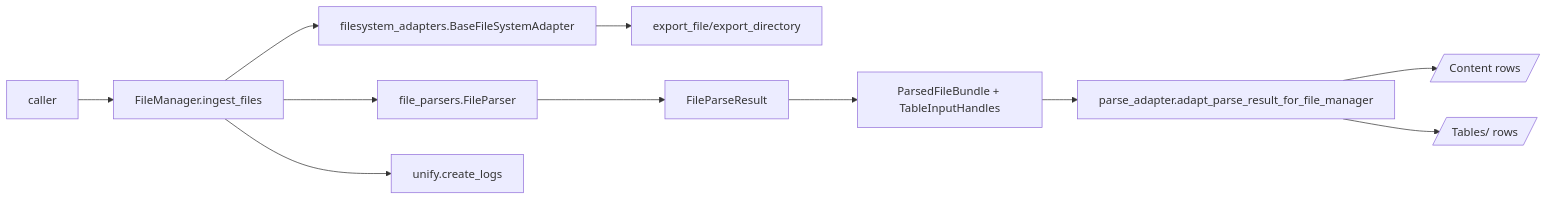
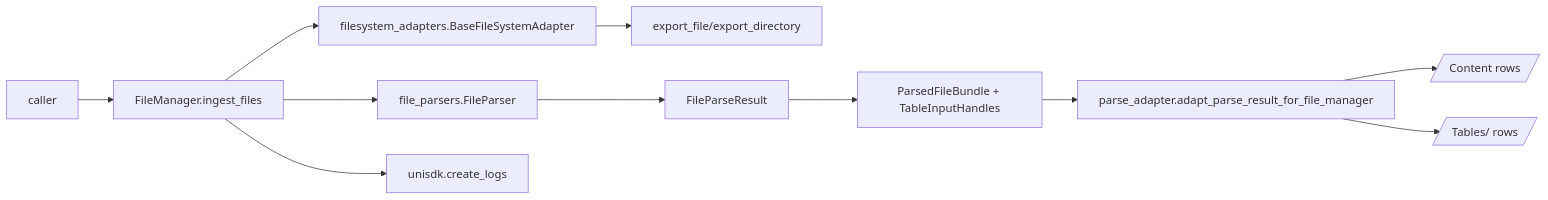
One commit to unifyai/unify changed the diagram in unity/file_manager/README.md. Above: the diagram before and after it, drawn with Mermaid. The commit also changed 203 other files, not shown here.

First line of the commit message:
refactor: consume renamed SDK as unisdk (was unify)

````diff
--- a/unity/file_manager/README.md
+++ b/unity/file_manager/README.md
@@ -51,13 +51,13 @@
 ```mermaid
 flowchart LR
   Caller[caller]-->FM[FileManager.ingest_files]
   FM-->FS[filesystem_adapters.BaseFileSystemAdapter]
   FS-->Export[export_file/export_directory]
   FM-->FP[file_parsers.FileParser]
   FP-->PR[FileParseResult]
   PR-->PFB[ParsedFileBundle + TableInputHandles]
   PFB-->PA[parse_adapter.adapt_parse_result_for_file_manager]
   PA-->Rows[/Content rows/]
   PA-->Tables[/Tables/<label> rows/]
-  FM-->Ingest[unify.create_logs]
+  FM-->Ingest[unisdk.create_logs]
 ```
````
